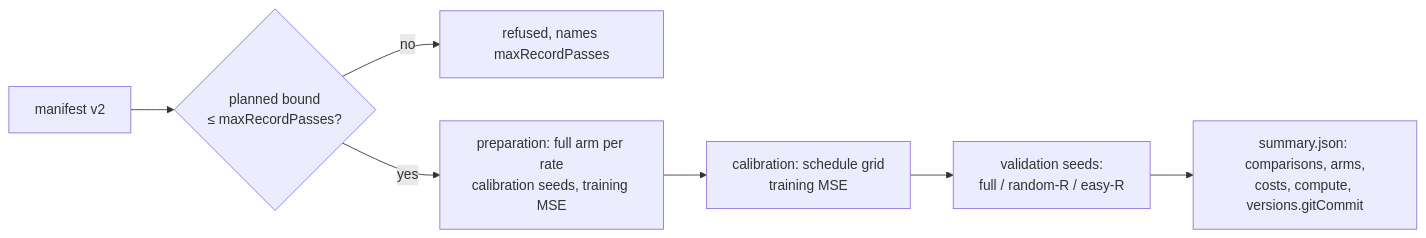
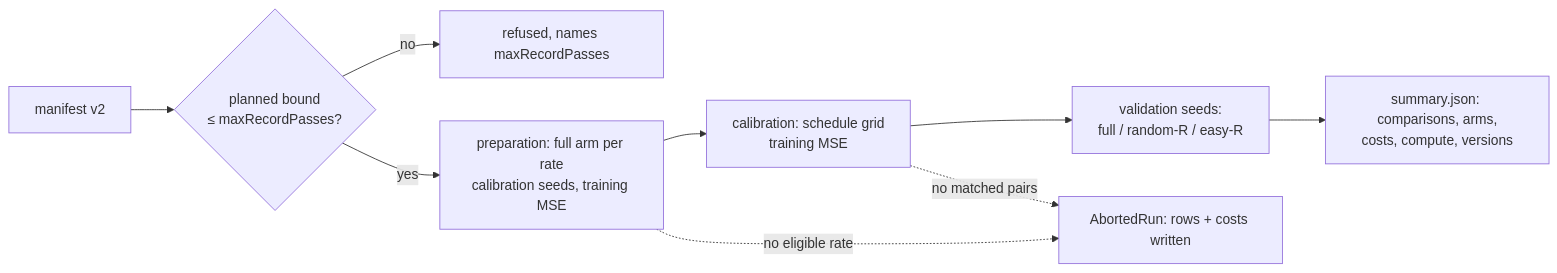
The diagram in docs/archive/pr-summaries/pr-summary-267.md (stSoftwareAU/NEAT-AI-Lamarck), drawn with Mermaid before and after one commit. The commit also changed other lines of this file, not shown here.

First line of the commit message:
PR summary for the #267 record-skip follow-up

````diff
--- a/docs/archive/pr-summaries/pr-summary-267.md
+++ b/docs/archive/pr-summaries/pr-summary-267.md
@@ -118,9 +109,11 @@
 ```mermaid
 flowchart LR
     M[manifest v2] --> B{planned bound<br/>≤ maxRecordPasses?}
     B -- no --> X[refused, names maxRecordPasses]
     B -- yes --> P[preparation: full arm per rate<br/>calibration seeds, training MSE]
     P --> C[calibration: schedule grid<br/>training MSE]
     C --> V[validation seeds:<br/>full / random-R / easy-R]
-    V --> S[summary.json: comparisons, arms,<br/>costs, compute, versions.gitCommit]
+    V --> S[summary.json: comparisons, arms,<br/>costs, compute, versions]
+    P -. no eligible rate .-> A[AbortedRun: rows + costs written]
+    C -. no matched pairs .-> A
 ```
````
